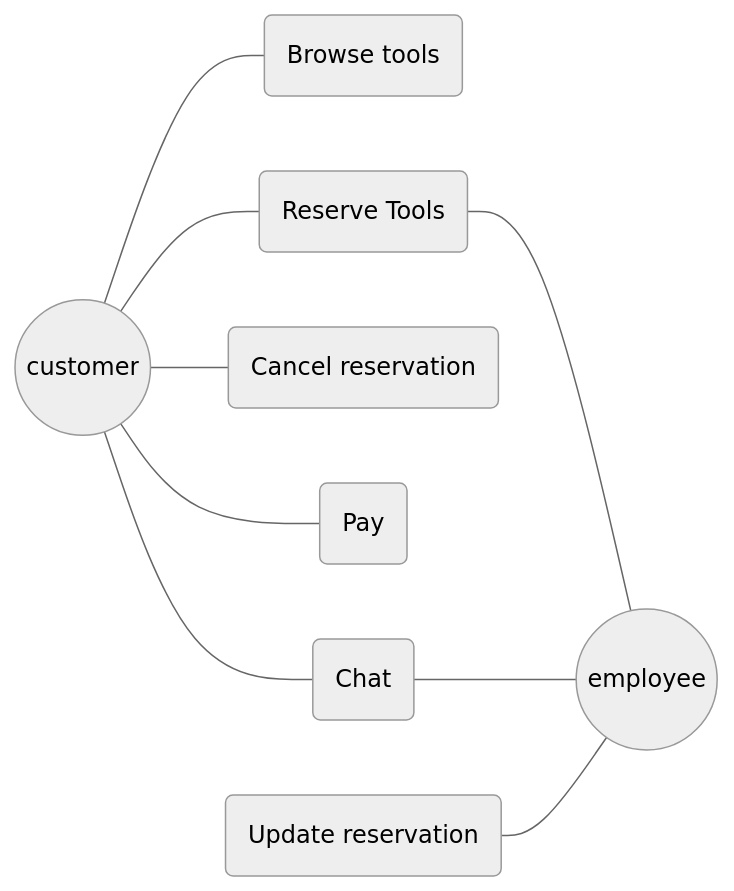
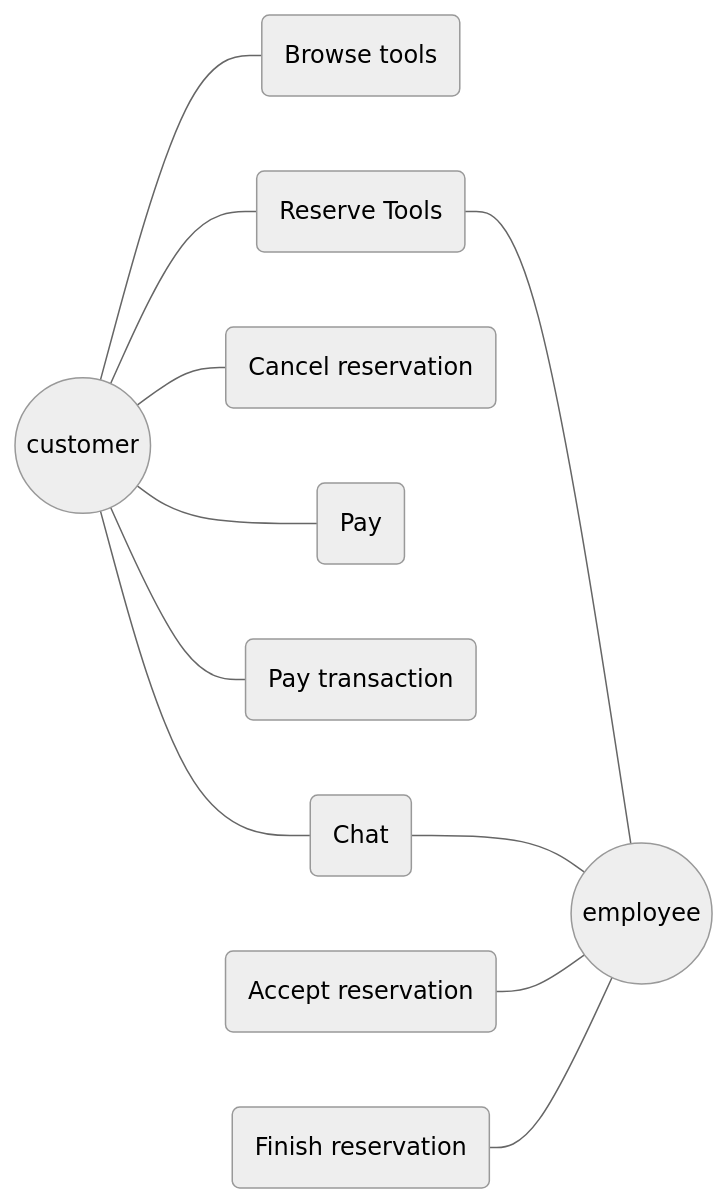
One commit to wiemanboy/CNSD changed the first of 4 diagrams in models.md. Above: the diagram before and after it, drawn with Mermaid (neutral theme). The commit also changed other lines of this file, not shown here.

Commit message:
UPDATE: models after presentation

````diff
--- a/models.md
+++ b/models.md
@@ -3,11 +3,13 @@
 ```mermaid
 flowchart >
     customer(("customer")) --- browse("Browse tools")
     customer --- reserve("Reserve Tools")
     customer --- cancel("Cancel reservation")
-    customer --- pay("Pay")
+    customer --- payDeposit("Pay")
+    customer --- payTransaction("Pay transaction")
     customer --- chat("Chat")
     reserve --- employee(("employee"))
     chat --- employee
-    updateReservation("Update reservation") --- employee
+    acceptReservation("Accept reservation") --- employee
+    finishReservation("Finish reservation") --- employee
 ```
````
